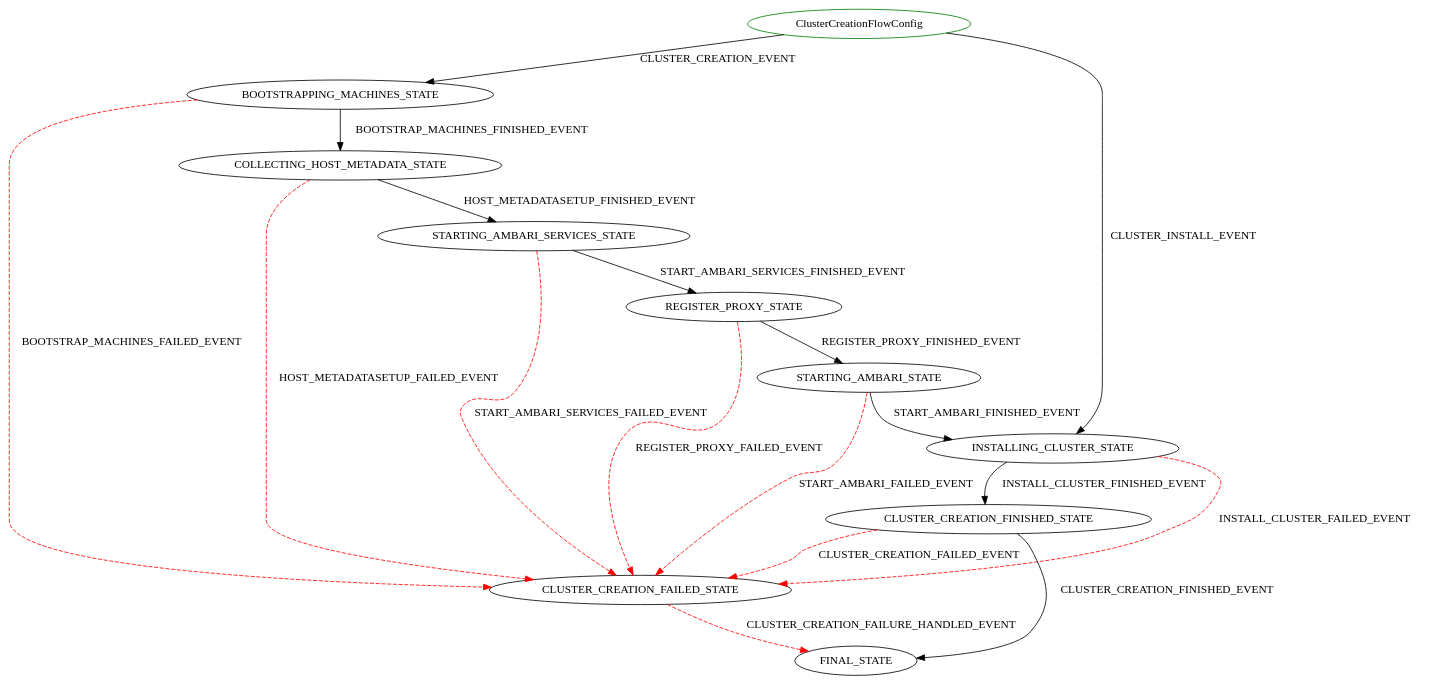
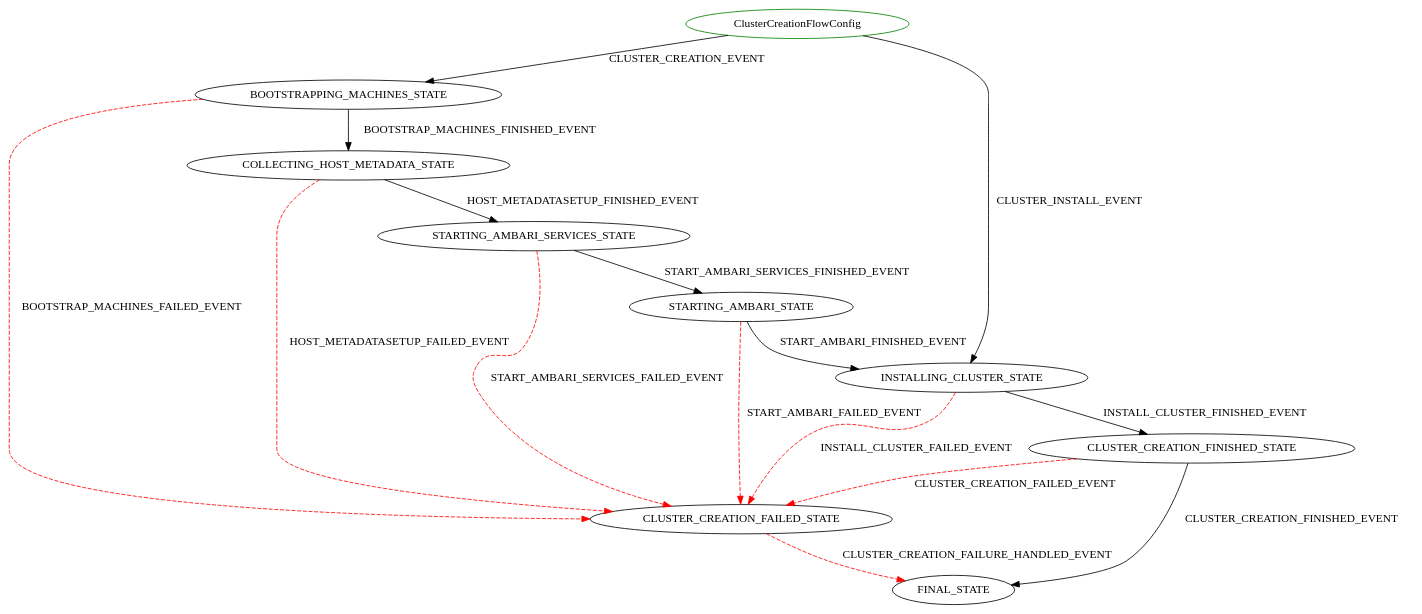
Before and after one commit to hortonworks/cloudbreak-docs: the diagram in latest/diagrams/ClusterCreationFlowConfig.dot, drawn with Graphviz. The commit also changed 42 other files, not shown here.

```diff
--- a/latest/diagrams/ClusterCreationFlowConfig.dot
+++ b/latest/diagrams/ClusterCreationFlowConfig.dot
@@ -1,20 +1,18 @@
 digraph {
 INIT_STATE [label="ClusterCreationFlowConfig" shape=ellipse color=green];
 INIT_STATE -> BOOTSTRAPPING_MACHINES_STATE [label="CLUSTER_CREATION_EVENT" color=black style=solid];
 INIT_STATE -> INSTALLING_CLUSTER_STATE [label="CLUSTER_INSTALL_EVENT" color=black style=solid];
 BOOTSTRAPPING_MACHINES_STATE -> COLLECTING_HOST_METADATA_STATE [label="BOOTSTRAP_MACHINES_FINISHED_EVENT" color=black style=solid];
 BOOTSTRAPPING_MACHINES_STATE -> CLUSTER_CREATION_FAILED_STATE [label="BOOTSTRAP_MACHINES_FAILED_EVENT" color=red style=dashed];
 CLUSTER_CREATION_FAILED_STATE -> FINAL_STATE [label="CLUSTER_CREATION_FAILURE_HANDLED_EVENT" color=red style=dashed];
 COLLECTING_HOST_METADATA_STATE -> STARTING_AMBARI_SERVICES_STATE [label="HOST_METADATASETUP_FINISHED_EVENT" color=black style=solid];
 COLLECTING_HOST_METADATA_STATE -> CLUSTER_CREATION_FAILED_STATE [label="HOST_METADATASETUP_FAILED_EVENT" color=red style=dashed];
-STARTING_AMBARI_SERVICES_STATE -> REGISTER_PROXY_STATE [label="START_AMBARI_SERVICES_FINISHED_EVENT" color=black style=solid];
+STARTING_AMBARI_SERVICES_STATE -> STARTING_AMBARI_STATE [label="START_AMBARI_SERVICES_FINISHED_EVENT" color=black style=solid];
 STARTING_AMBARI_SERVICES_STATE -> CLUSTER_CREATION_FAILED_STATE [label="START_AMBARI_SERVICES_FAILED_EVENT" color=red style=dashed];
-REGISTER_PROXY_STATE -> STARTING_AMBARI_STATE [label="REGISTER_PROXY_FINISHED_EVENT" color=black style=solid];
-REGISTER_PROXY_STATE -> CLUSTER_CREATION_FAILED_STATE [label="REGISTER_PROXY_FAILED_EVENT" color=red style=dashed];
 STARTING_AMBARI_STATE -> INSTALLING_CLUSTER_STATE [label="START_AMBARI_FINISHED_EVENT" color=black style=solid];
 STARTING_AMBARI_STATE -> CLUSTER_CREATION_FAILED_STATE [label="START_AMBARI_FAILED_EVENT" color=red style=dashed];
 INSTALLING_CLUSTER_STATE -> CLUSTER_CREATION_FINISHED_STATE [label="INSTALL_CLUSTER_FINISHED_EVENT" color=black style=solid];
 INSTALLING_CLUSTER_STATE -> CLUSTER_CREATION_FAILED_STATE [label="INSTALL_CLUSTER_FAILED_EVENT" color=red style=dashed];
 CLUSTER_CREATION_FINISHED_STATE -> FINAL_STATE [label="CLUSTER_CREATION_FINISHED_EVENT" color=black style=solid];
 CLUSTER_CREATION_FINISHED_STATE -> CLUSTER_CREATION_FAILED_STATE [label="CLUSTER_CREATION_FAILED_EVENT" color=red style=dashed];
 }
```
